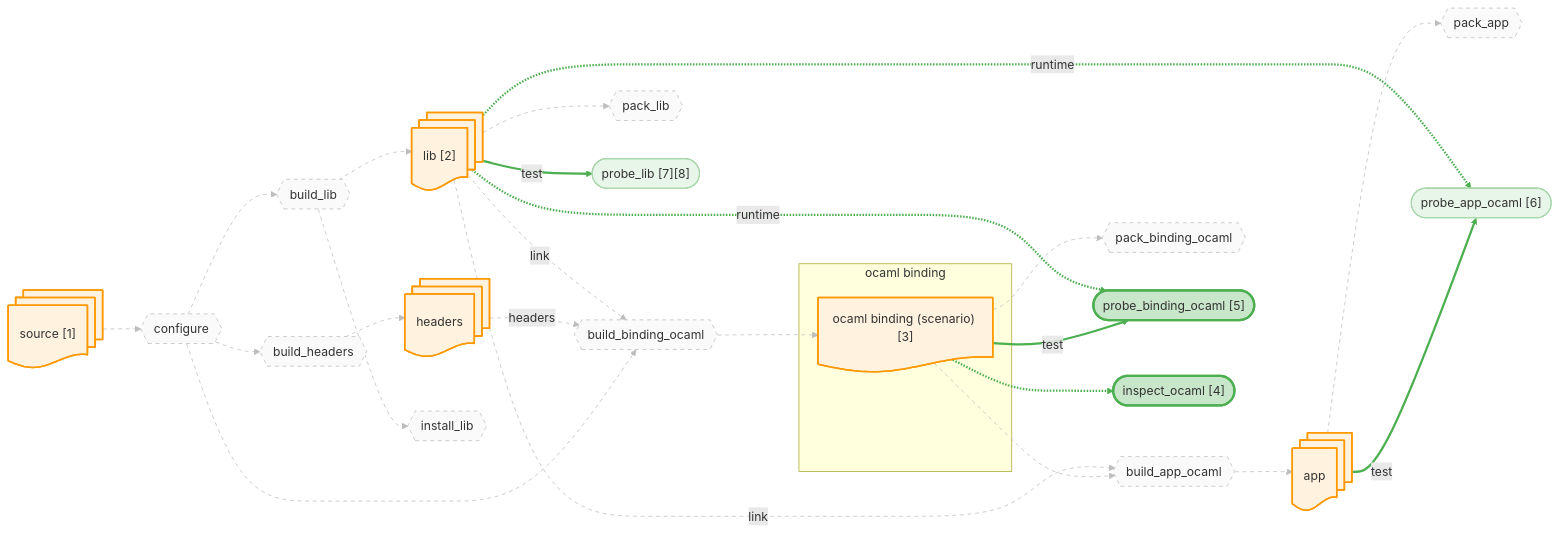
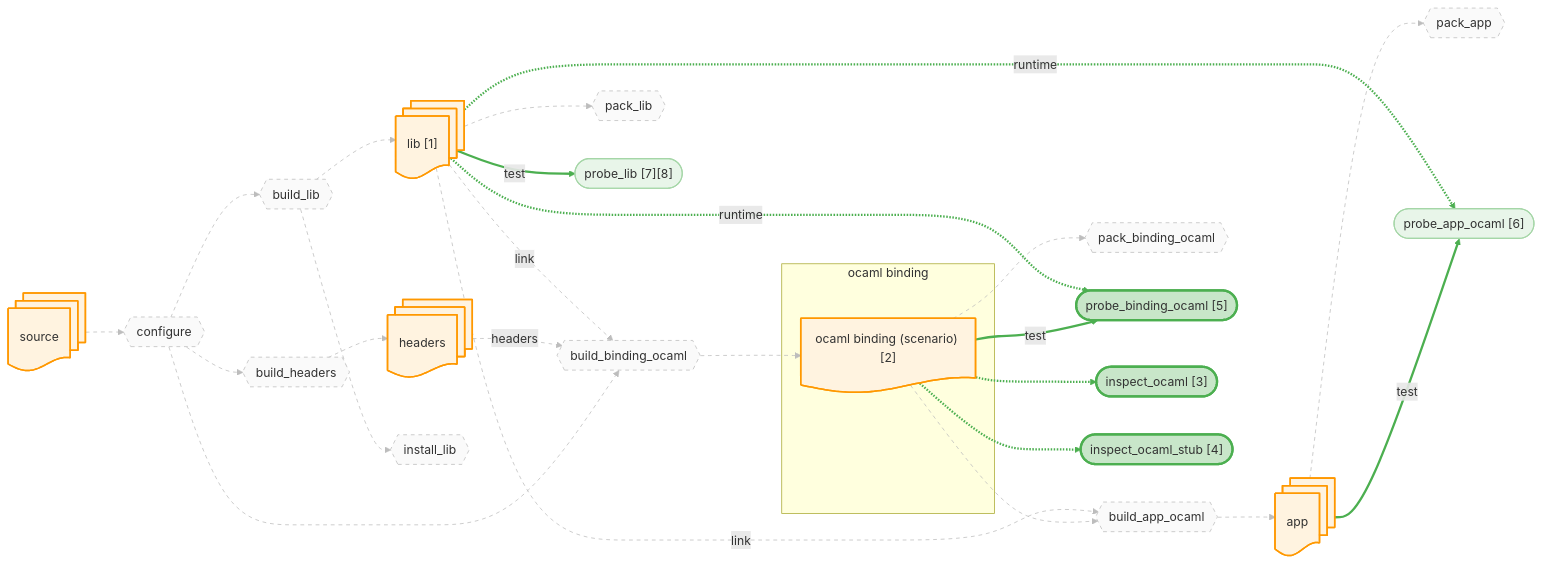
Before and after one commit to JHU-PL-Lab/tola: the diagram in docs/canary/projects/ssl/-run/diagrams/binding_ocaml.mmd, drawn with Mermaid. The commit also changed 129 other files, not shown here.

```diff
--- a/docs/canary/projects/ssl/-run/diagrams/binding_ocaml.mmd
+++ b/docs/canary/projects/ssl/-run/diagrams/binding_ocaml.mmd
@@ -1,91 +1,95 @@
 %% view: binding_ocaml
 graph LR
-    source_node@{ shape: docs, label: "source [1]" }
+    source_node@{ shape: docs, label: "source" }
     headers_node@{ shape: docs, label: "headers" }
-    lib_node@{ shape: docs, label: "lib [2]" }
+    lib_node@{ shape: docs, label: "lib [1]" }
     app_node@{ shape: docs, label: "app" }
     subgraph ocaml_binding_sg ["ocaml binding"]
-      ocaml_binding_fetch_node@{ shape: doc, label: "ocaml binding (scenario) [3]" }
+      ocaml_binding_fetch_node@{ shape: doc, label: "ocaml binding (scenario) [2]" }
     end
 
     A_configure{{"configure"}}
     A_build_headers{{"build_headers"}}
     A_build_lib{{"build_lib"}}
     A_build_binding_ocaml{{"build_binding_ocaml"}}
     A_build_app_ocaml{{"build_app_ocaml"}}
     A_install_lib{{"install_lib"}}
     A_pack_binding_ocaml{{"pack_binding_ocaml"}}
     A_pack_lib{{"pack_lib"}}
     A_pack_app{{"pack_app"}}
     A_probe_binding_ocaml(["probe_binding_ocaml [5]"])
     A_probe_app_ocaml(["probe_app_ocaml [6]"])
     A_probe_lib(["probe_lib [7][8]"])
-    A_fetch_binding_ocaml_inspect(["inspect_ocaml [4]"])
+    A_fetch_binding_ocaml_inspect(["inspect_ocaml [3]"])
+    A_fetch_binding_ocaml_stub_inspect(["inspect_ocaml_stub [4]"])
 
     source_node --> A_configure
     A_configure --> A_build_headers
     A_build_headers --> headers_node
     A_configure --> A_build_lib
     A_build_lib --> lib_node
     A_configure --> A_build_binding_ocaml
     headers_node -.->|headers| A_build_binding_ocaml
     lib_node -.->|link| A_build_binding_ocaml
     A_build_binding_ocaml --> ocaml_binding_fetch_node
     ocaml_binding_fetch_node --> A_build_app_ocaml
     lib_node -.->|link| A_build_app_ocaml
     A_build_app_ocaml --> app_node
     A_build_lib --> A_install_lib
     ocaml_binding_fetch_node --> A_pack_binding_ocaml
     lib_node --> A_pack_lib
     app_node --> A_pack_app
     ocaml_binding_fetch_node -->|test| A_probe_binding_ocaml
     lib_node -.->|runtime| A_probe_binding_ocaml
     app_node -->|test| A_probe_app_ocaml
     lib_node -.->|runtime| A_probe_app_ocaml
     lib_node -->|test| A_probe_lib
     ocaml_binding_fetch_node -.-> A_fetch_binding_ocaml_inspect
+    ocaml_binding_fetch_node -.-> A_fetch_binding_ocaml_stub_inspect
 
     classDef artifact fill:#fff3e0,stroke:#ff9800,stroke-width:2px
     classDef action fill:#f3e5f5,stroke:#9c27b0,stroke-width:2px
     classDef st_done fill:#c8e6c9,stroke:#4caf50,stroke-width:3px
     classDef st_done_ctx fill:#e8f5e9,stroke:#a5d6a7,stroke-width:1.5px
     classDef st_expected_fail fill:#fff9c4,stroke:#f9a825,stroke-width:2px
     classDef st_failed fill:#ffcdd2,stroke:#c62828,stroke-width:2px
     classDef st_skipped fill:#f5f5f5,stroke:#9e9e9e,stroke-dasharray:5
     classDef st_nospec fill:#fafafa,stroke:#bdbdbd,stroke-dasharray:5
     class source_node,headers_node,lib_node,app_node,ocaml_binding_fetch_node artifact
     class A_configure st_nospec
     class A_build_headers st_nospec
     class A_build_lib st_nospec
     class A_build_binding_ocaml st_nospec
     class A_build_app_ocaml st_nospec
     class A_install_lib st_nospec
     class A_pack_binding_ocaml st_nospec
     class A_pack_lib st_nospec
     class A_pack_app st_nospec
     class A_probe_binding_ocaml st_done
     class A_probe_app_ocaml st_done_ctx
     class A_probe_lib st_done_ctx
     class A_fetch_binding_ocaml_inspect st_done
+    class A_fetch_binding_ocaml_stub_inspect st_done
     linkStyle 0 stroke:#bdbdbd,stroke-width:1px,stroke-dasharray:5
     linkStyle 1 stroke:#bdbdbd,stroke-width:1px,stroke-dasharray:5
     linkStyle 2 stroke:#bdbdbd,stroke-width:1px,stroke-dasharray:5
     linkStyle 3 stroke:#bdbdbd,stroke-width:1px,stroke-dasharray:5
     linkStyle 4 stroke:#bdbdbd,stroke-width:1px,stroke-dasharray:5
     linkStyle 5 stroke:#bdbdbd,stroke-width:1px,stroke-dasharray:5
     linkStyle 6 stroke:#bdbdbd,stroke-width:1px,stroke-dasharray:5
     linkStyle 7 stroke:#bdbdbd,stroke-width:1px,stroke-dasharray:5
     linkStyle 8 stroke:#bdbdbd,stroke-width:1px,stroke-dasharray:5
     linkStyle 9 stroke:#bdbdbd,stroke-width:1px,stroke-dasharray:5
     linkStyle 10 stroke:#bdbdbd,stroke-width:1px,stroke-dasharray:5
     linkStyle 11 stroke:#bdbdbd,stroke-width:1px,stroke-dasharray:5
     linkStyle 12 stroke:#bdbdbd,stroke-width:1px,stroke-dasharray:5
     linkStyle 13 stroke:#bdbdbd,stroke-width:1px,stroke-dasharray:5
     linkStyle 14 stroke:#bdbdbd,stroke-width:1px,stroke-dasharray:5
     linkStyle 15 stroke:#bdbdbd,stroke-width:1px,stroke-dasharray:5
     linkStyle 16 stroke:#4caf50,stroke-width:3px
     linkStyle 17 stroke:#4caf50,stroke-width:3px
     linkStyle 18 stroke:#4caf50,stroke-width:3px
     linkStyle 19 stroke:#4caf50,stroke-width:3px
     linkStyle 20 stroke:#4caf50,stroke-width:3px
     linkStyle 21 stroke:#4caf50,stroke-width:3px
+    linkStyle 22 stroke:#4caf50,stroke-width:3px
```
